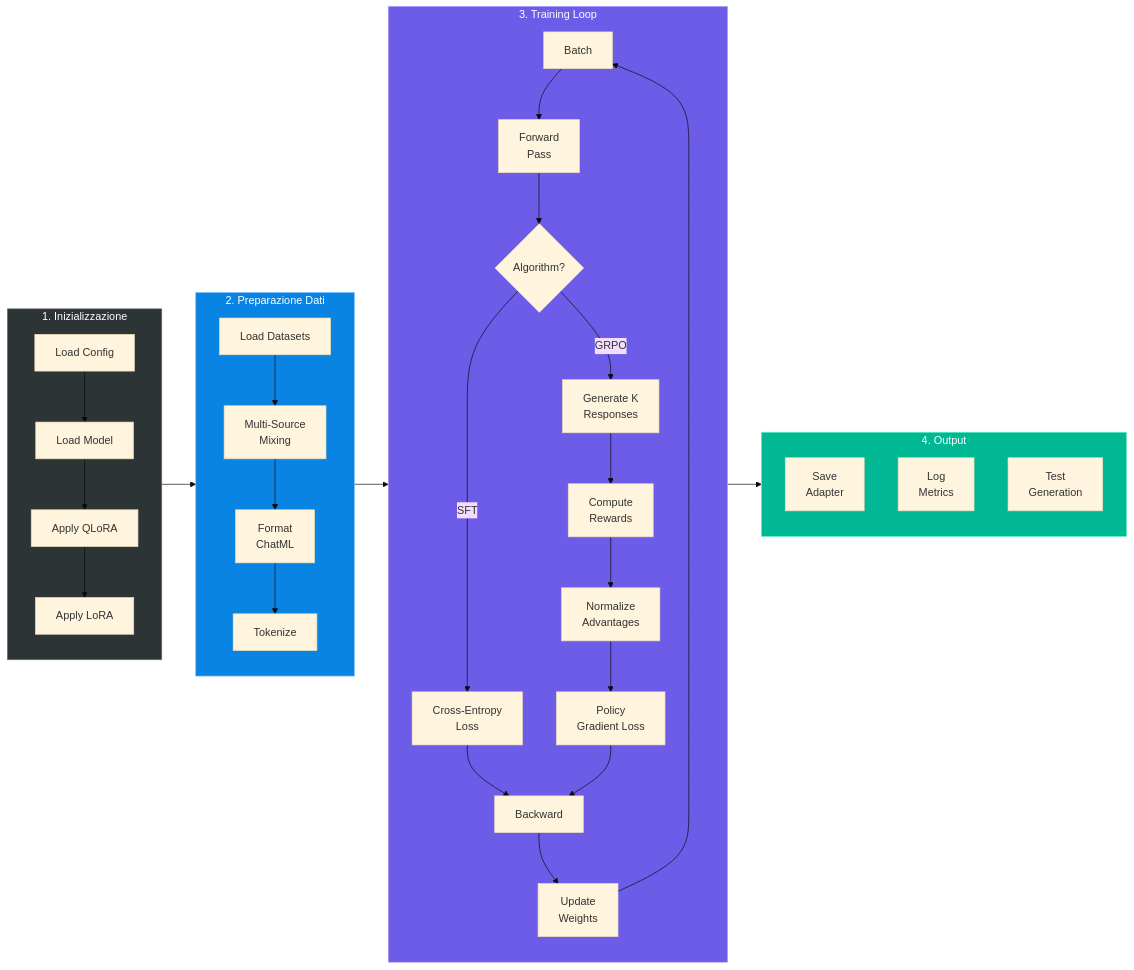
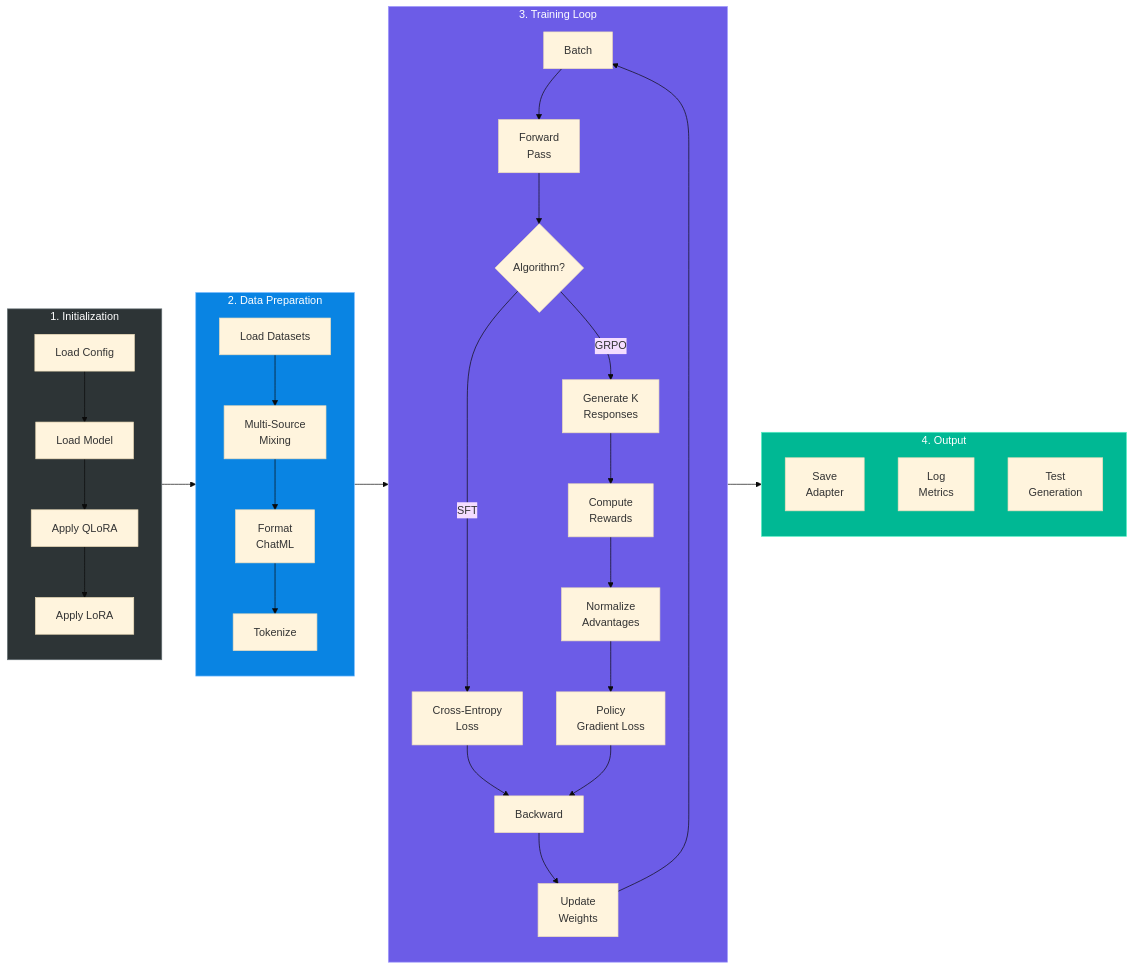
The second of 13 diagrams in DIAGRAMS.md (SandroHub013/ALCHEMY), drawn with Mermaid (base theme) before and after one commit. The commit also changed other lines of this file and 12 other files, not shown here.

````diff
--- a/DIAGRAMS.md
+++ b/DIAGRAMS.md
@@ -77,41 +77,41 @@
 ```mermaid
 flowchart LR
-    subgraph INIT["1. Inizializzazione"]
+    subgraph INIT["1. Initialization"]
         A1["Load Config"] --> A2["Load Model"]
         A2 --> A3["Apply QLoRA"]
         A3 --> A4["Apply LoRA"]
     end
 
-    subgraph DATA["2. Preparazione Dati"]
+    subgraph DATA["2. Data Preparation"]
         B1["Load Datasets"] --> B2["Multi-Source<br/>Mixing"]
         B2 --> B3["Format<br/>ChatML"]
         B3 --> B4["Tokenize"]
     end
 
     subgraph TRAIN["3. Training Loop"]
         C1["Batch"] --> C2["Forward<br/>Pass"]
         C2 --> C3{"Algorithm?"}
         C3 -->|SFT| C4["Cross-Entropy<br/>Loss"]
         C3 -->|GRPO| C5["Generate K<br/>Responses"]
         C5 --> C6["Compute<br/>Rewards"]
         C6 --> C7["Normalize<br/>Advantages"]
         C7 --> C8["Policy<br/>Gradient Loss"]
         C4 --> C9["Backward"]
         C8 --> C9
         C9 --> C10["Update<br/>Weights"]
         C10 --> C1
     end
 
     subgraph SAVE["4. Output"]
         D1["Save<br/>Adapter"]
         D2["Log<br/>Metrics"]
         D3["Test<br/>Generation"]
     end
 
     INIT --> DATA --> TRAIN --> SAVE
 
     style INIT fill:#2d3436,stroke:#636e72,color:#fff
     style DATA fill:#0984e3,stroke:#74b9ff,color:#fff
     style TRAIN fill:#6c5ce7,stroke:#a29bfe,color:#fff
     style SAVE fill:#00b894,stroke:#55efc4,color:#fff
 ```
````
